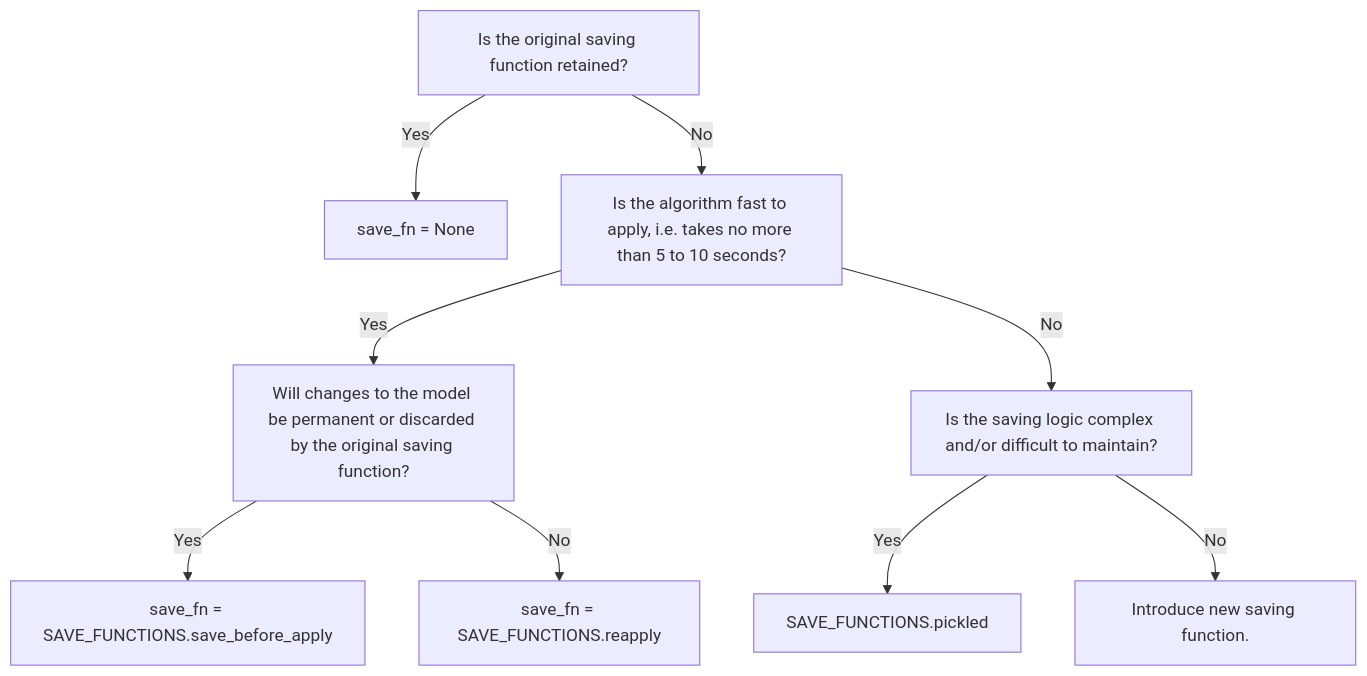
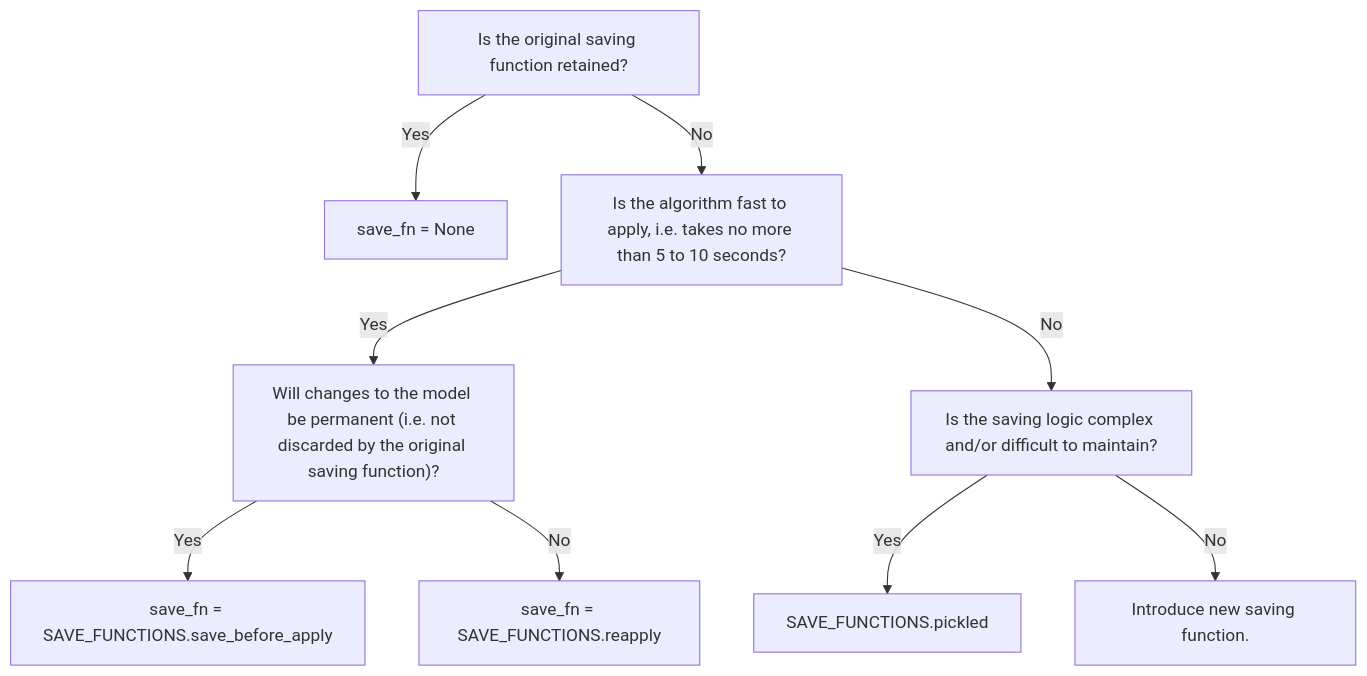
One commit to Supakornn/pruna changed the diagram in docs/contributions/adding_algorithm.rst. Above: the diagram before and after it, drawn with Mermaid. The commit also changed other lines of this file and 12 other files, not shown here.

```diff
--- a/docs/contributions/adding_algorithm.rst
+++ b/docs/contributions/adding_algorithm.rst
@@ -192,14 +194,14 @@
 .. mermaid::
 
    graph TD;
        A["Is the original saving function retained?"] -->|Yes| B["save_fn = None"]
        A -->|No| C["Is the algorithm fast to apply, i.e. takes no more than 5 to 10 seconds?"]
 
-       C -->|Yes| F["Will changes to the model be permanent or discarded by the original saving function?"]
+       C -->|Yes| F["Will changes to the model be permanent (i.e. not discarded by the original saving function)?"]
        C -->|No| G["Is the saving logic complex and/or difficult to maintain?"]
 
        F -->|Yes| J["save_fn = SAVE_FUNCTIONS.save_before_apply"]
        F -->|No| K["save_fn = SAVE_FUNCTIONS.reapply"]
 
        G -->|Yes| L["SAVE_FUNCTIONS.pickled"]
        G -->|No| M["Introduce new saving function."]
```
